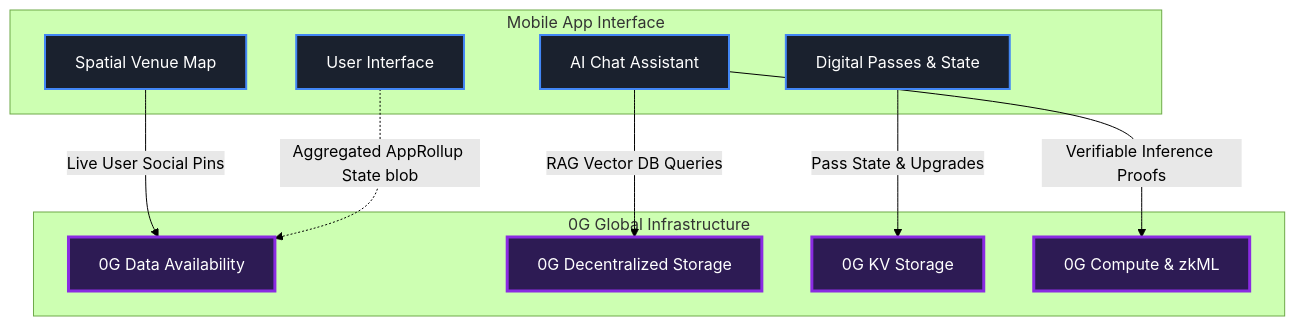
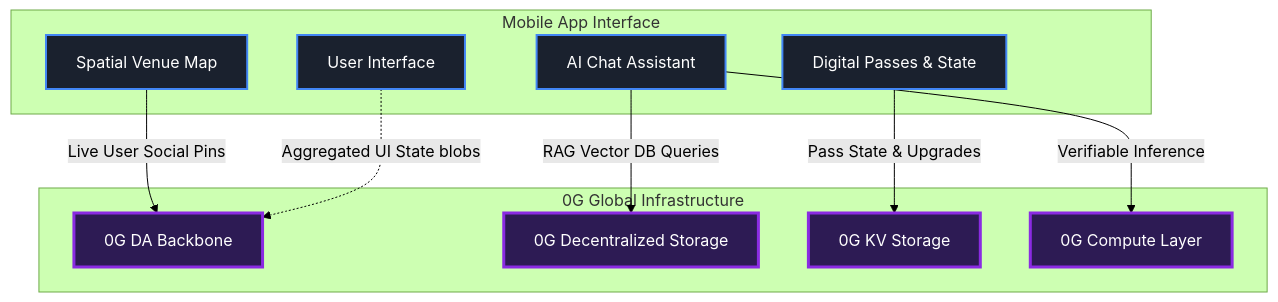
Before and after one commit to EddOliver/Effisend0G: the first of 3 diagrams in README.md, drawn with Mermaid (forest theme). The commit also changed other lines of this file, not shown here.

````diff
--- a/README.md
+++ b/README.md
@@ -17,29 +21,28 @@
 ```mermaid
 graph TD
     classDef mobile fill:#1A212E,stroke:#4286f5,stroke-width:2px,color:#fff;
     classDef zeroG fill:#2d1b54,stroke:#8a2be2,stroke-width:3px,color:#fff;
     
     subgraph Client Application [Mobile App Interface]
         UI[User Interface]
         Agent[AI Chat Assistant]
         Maps[Spatial Venue Map]
         Wallet[Digital Passes & State]
     end
 
     subgraph 0G Scalability Engine [0G Global Infrastructure]
-        0G_DA[0G Data Availability]
+        0G_DA[0G DA Backbone]
         0G_Storage[0G Decentralized Storage]
         0G_KV[0G KV Storage]
-        0G_Compute[0G Compute & zkML]
+        0G_Compute[0G Compute Layer]
     end
 
-    %% Key Integrations mapped entirely to 0G
-    Agent -->|Verifiable Inference Proofs| 0G_Compute
+    Agent -->|Verifiable Inference| 0G_Compute
     Agent -->|RAG Vector DB Queries| 0G_Storage
     Maps -->|Live User Social Pins| 0G_DA
     Wallet -->|Pass State & Upgrades| 0G_KV
-    UI -.->|Aggregated AppRollup State blob| 0G_DA
+    UI -.->|Aggregated UI State blobs| 0G_DA
     
     class UI,Agent,Maps,Wallet mobile;
     class 0G_DA,0G_Storage,0G_KV,0G_Compute zeroG;
 ```
````
